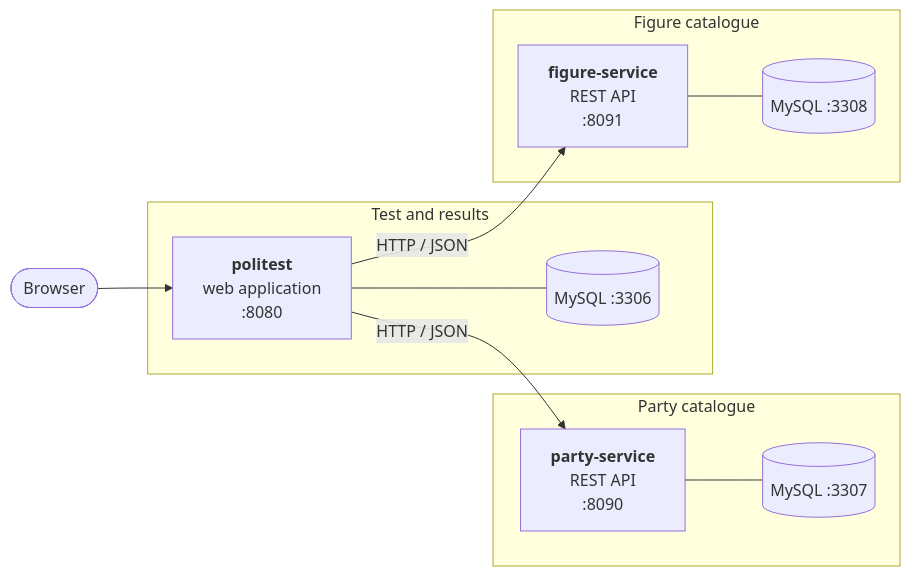
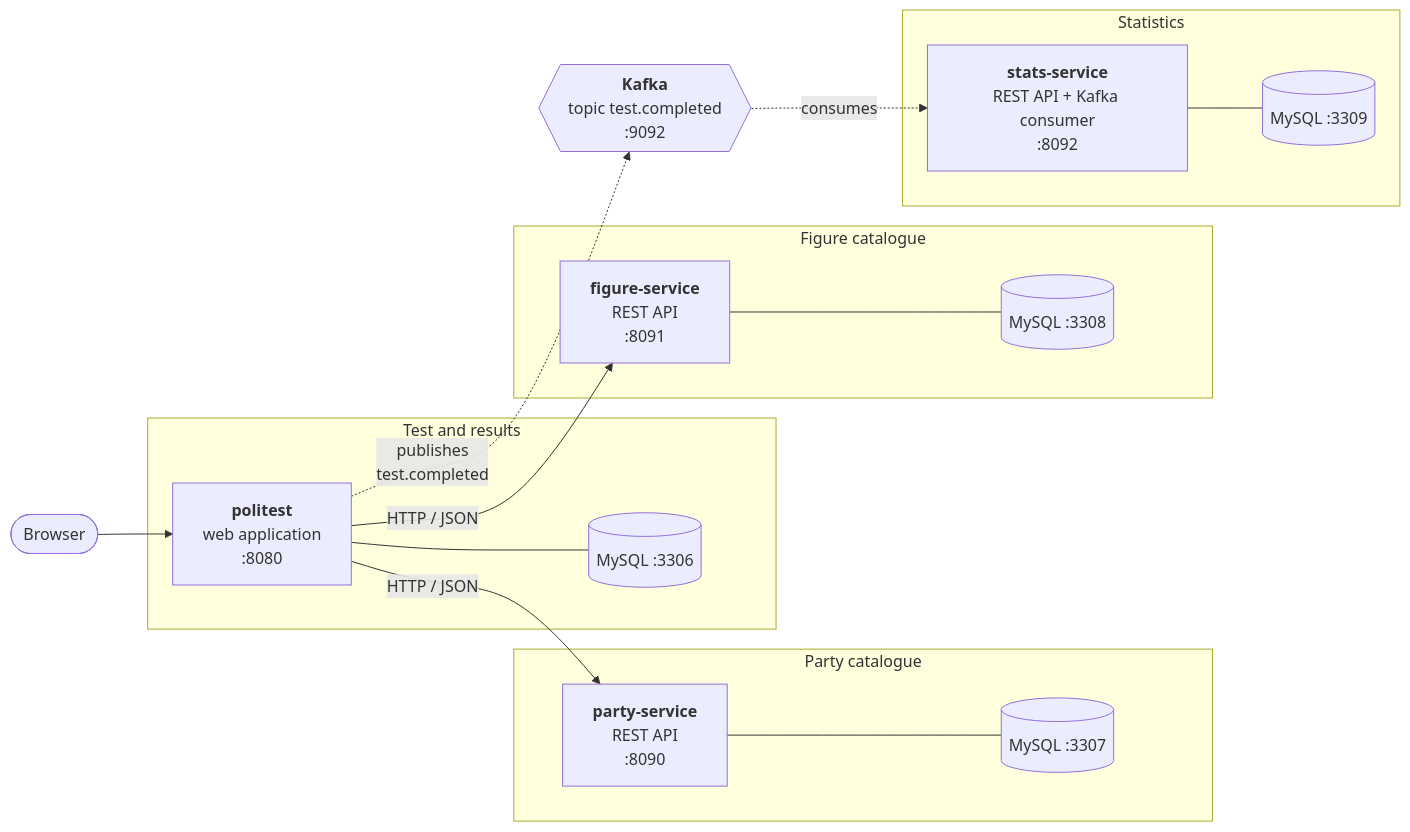
Before and after one commit to paugg05/politest: the first of 2 diagrams in README.md, drawn with Mermaid. The commit also changed other lines of this file and 40 other files, not shown here.

Commit message:
Add Kafka event publishing and stats-service

````diff
--- a/README.md
+++ b/README.md
@@ -11,25 +11,35 @@
 ```mermaid
 flowchart LR
     user([Browser]) --> web
 
     subgraph web_ctx [Test and results]
         web["<b>politest</b><br/>web application<br/>:8080"]
         webdb[("MySQL :3306")]
         web --- webdb
     end
 
     subgraph party_ctx [Party catalogue]
         party["<b>party-service</b><br/>REST API<br/>:8090"]
         partydb[("MySQL :3307")]
         party --- partydb
     end
 
     subgraph figure_ctx [Figure catalogue]
         figure["<b>figure-service</b><br/>REST API<br/>:8091"]
         figuredb[("MySQL :3308")]
         figure --- figuredb
     end
 
+    subgraph stats_ctx [Statistics]
+        stats["<b>stats-service</b><br/>REST API + Kafka consumer<br/>:8092"]
+        statsdb[("MySQL :3309")]
+        stats --- statsdb
+    end
+
+    kafka{{"<b>Kafka</b><br/>topic test.completed<br/>:9092"}}
+
     web -- "HTTP / JSON" --> party
     web -- "HTTP / JSON" --> figure
+    web -. "publishes<br/>test.completed" .-> kafka
+    kafka -. "consumes" .-> stats
 ```
````
